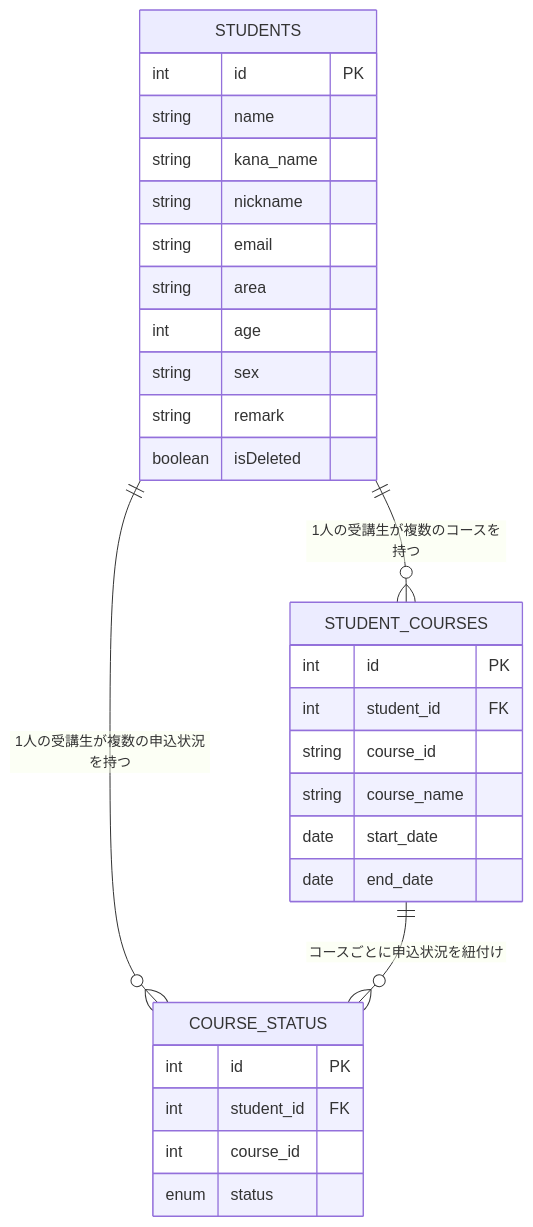
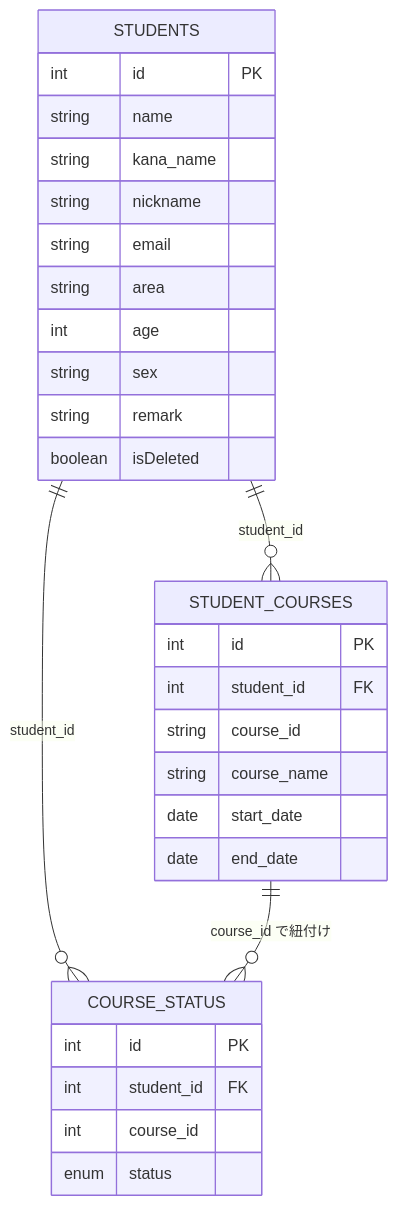
The diagram in README.md (tomo-taka108/StudentManagement), drawn with Mermaid before and after one commit. The commit also changed other lines of this file and 1 other file, not shown here.

````diff
--- a/README.md
+++ b/README.md
@@ -142,36 +187,36 @@
 ```mermaid
 erDiagram
     STUDENTS {
         int id PK
         string name
         string kana_name
         string nickname
         string email
         string area
         int age
         string sex
         string remark
         boolean isDeleted
     }
 
     STUDENT_COURSES {
         int id PK
         int student_id FK
         string course_id
         string course_name
         date start_date
         date end_date
     }
 
     COURSE_STATUS {
         int id PK
         int student_id FK
         int course_id
         enum status
     }
 
-    STUDENTS ||--o{ STUDENT_COURSES : "1人の受講生が複数のコースを持つ"
-    STUDENTS ||--o{ COURSE_STATUS : "1人の受講生が複数の申込状況を持つ"
-    STUDENT_COURSES ||--o{ COURSE_STATUS : "コースごとに申込状況を紐付け"
+    STUDENTS ||--o{ STUDENT_COURSES : "student_id"
+    STUDENTS ||--o{ COURSE_STATUS : "student_id"
+    STUDENT_COURSES ||--o{ COURSE_STATUS : "course_id で紐付け"
 
 ```
````
